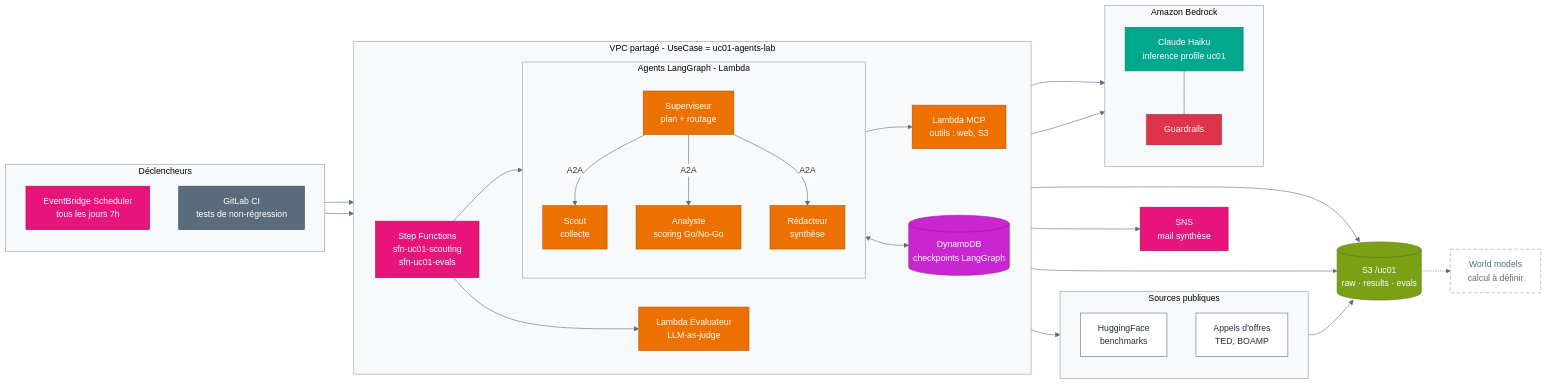
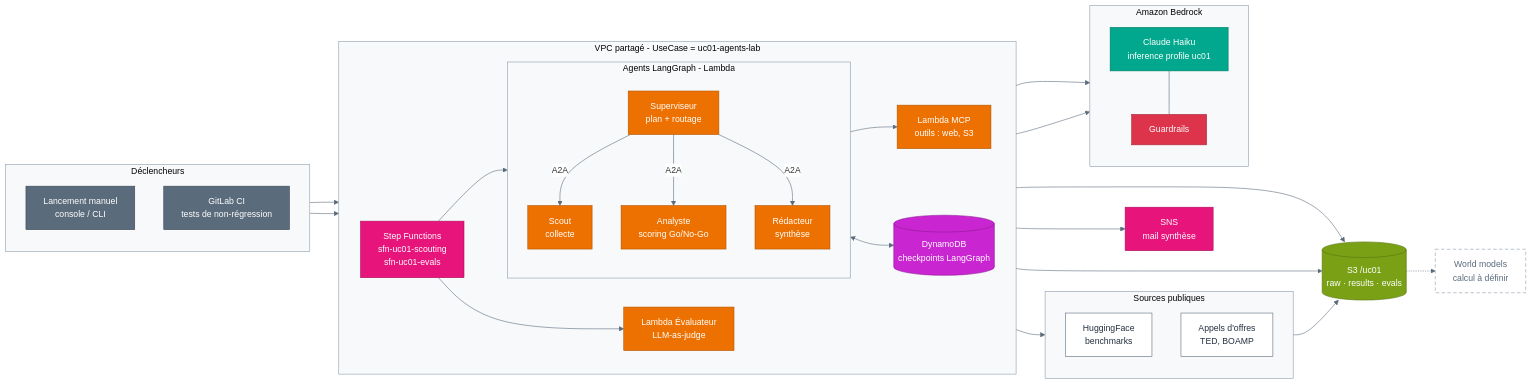
The diagram in docs/diagrams/01-besoin1-agents-lab.mmd (aymane-benchhab/aymane-benchhab), drawn with Mermaid before and after one commit. The commit also changed 8 other files, not shown here.

First line of the commit message:
Remove EventBridge from dev phase: manual Step Functions launch

```diff
--- a/docs/diagrams/01-besoin1-agents-lab.mmd
+++ b/docs/diagrams/01-besoin1-agents-lab.mmd
@@ -1,65 +1,65 @@
 %%{init: {'theme':'base','themeVariables':{'fontFamily':'Arial','fontSize':'15px','primaryColor':'#ffffff','clusterBkg':'#F7F9FB','clusterBorder':'#8C9BAB','lineColor':'#5A6B7B'}}}%%
 flowchart LR
   subgraph SRC["Sources publiques"]
     direction TB
     HF["HuggingFace<br/>benchmarks"]:::ext
     AO["Appels d'offres<br/>TED, BOAMP"]:::ext
   end
 
   subgraph TRIG["Déclencheurs"]
     direction TB
-    SCH["EventBridge Scheduler<br/>tous les jours 7h"]:::integ
+    SCH["Lancement manuel<br/>console / CLI"]:::mgmt
     CI["GitLab CI<br/>tests de non-régression"]:::mgmt
   end
 
   subgraph VPC["VPC partagé  -  UseCase = uc01-agents-lab"]
     direction LR
     SFN["Step Functions<br/>sfn-uc01-scouting<br/>sfn-uc01-evals"]:::integ
 
     subgraph AG["Agents LangGraph  -  Lambda"]
       direction TB
       SUP["Superviseur<br/>plan + routage"]:::compute
       SC["Scout<br/>collecte"]:::compute
       AN["Analyste<br/>scoring Go/No-Go"]:::compute
       RD["Rédacteur<br/>synthèse"]:::compute
     end
 
     MCP["Lambda MCP<br/>outils : web, S3"]:::compute
     EV["Lambda Évaluateur<br/>LLM-as-judge"]:::compute
     DDB[("DynamoDB<br/>checkpoints LangGraph")]:::db
   end
 
   subgraph BR["Amazon Bedrock"]
     direction TB
     HK["Claude Haiku<br/>inference profile uc01"]:::ai
     GR["Guardrails"]:::sec
   end
 
   S3[("S3 /uc01<br/>raw · results · evals")]:::storage
   SNS["SNS<br/>mail synthèse"]:::integ
   WM["World models<br/>calcul à définir"]:::todo
 
   SCH --> SFN
   CI --> SFN
   SFN --> SUP
   SUP -- "A2A" --> SC & AN & RD
   SC --> MCP --> AO
   SUP <--> DDB
   AG --> HK
   HK --- GR
   SFN --> EV --> HK
   RD --> S3
   EV --> S3
   HF --> S3
   RD --> SNS
   S3 -.-> WM
 
   classDef compute fill:#ED7100,stroke:#B35500,color:#fff
   classDef integ fill:#E7157B,stroke:#A80F59,color:#fff
   classDef ai fill:#01A88D,stroke:#017A66,color:#fff
   classDef db fill:#C925D1,stroke:#8F1A95,color:#fff
   classDef storage fill:#7AA116,stroke:#577311,color:#fff
   classDef sec fill:#DD344C,stroke:#A3263A,color:#fff
   classDef mgmt fill:#5A6B7B,stroke:#3B4753,color:#fff
   classDef ext fill:#ffffff,stroke:#5A6B7B,color:#232F3E
   classDef todo fill:#ffffff,stroke:#8C9BAB,color:#5A6B7B,stroke-dasharray:6 4
```
